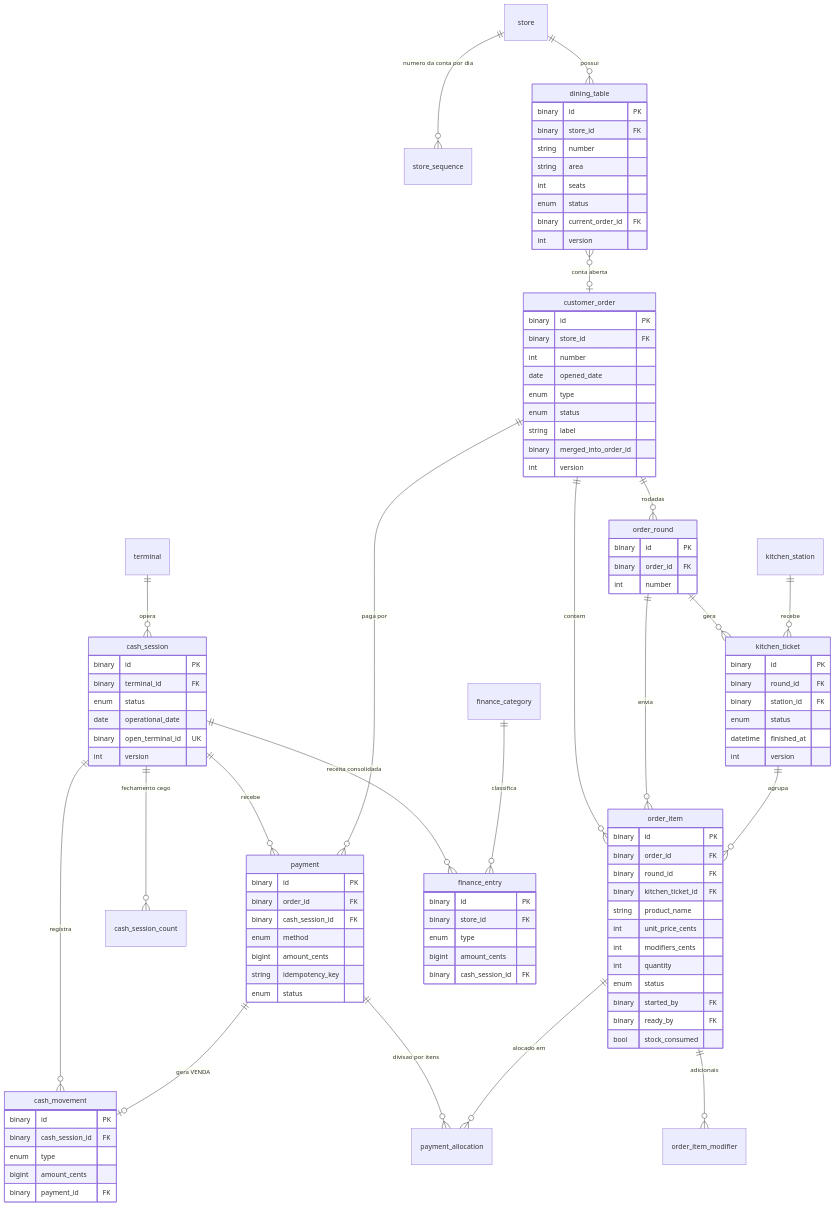
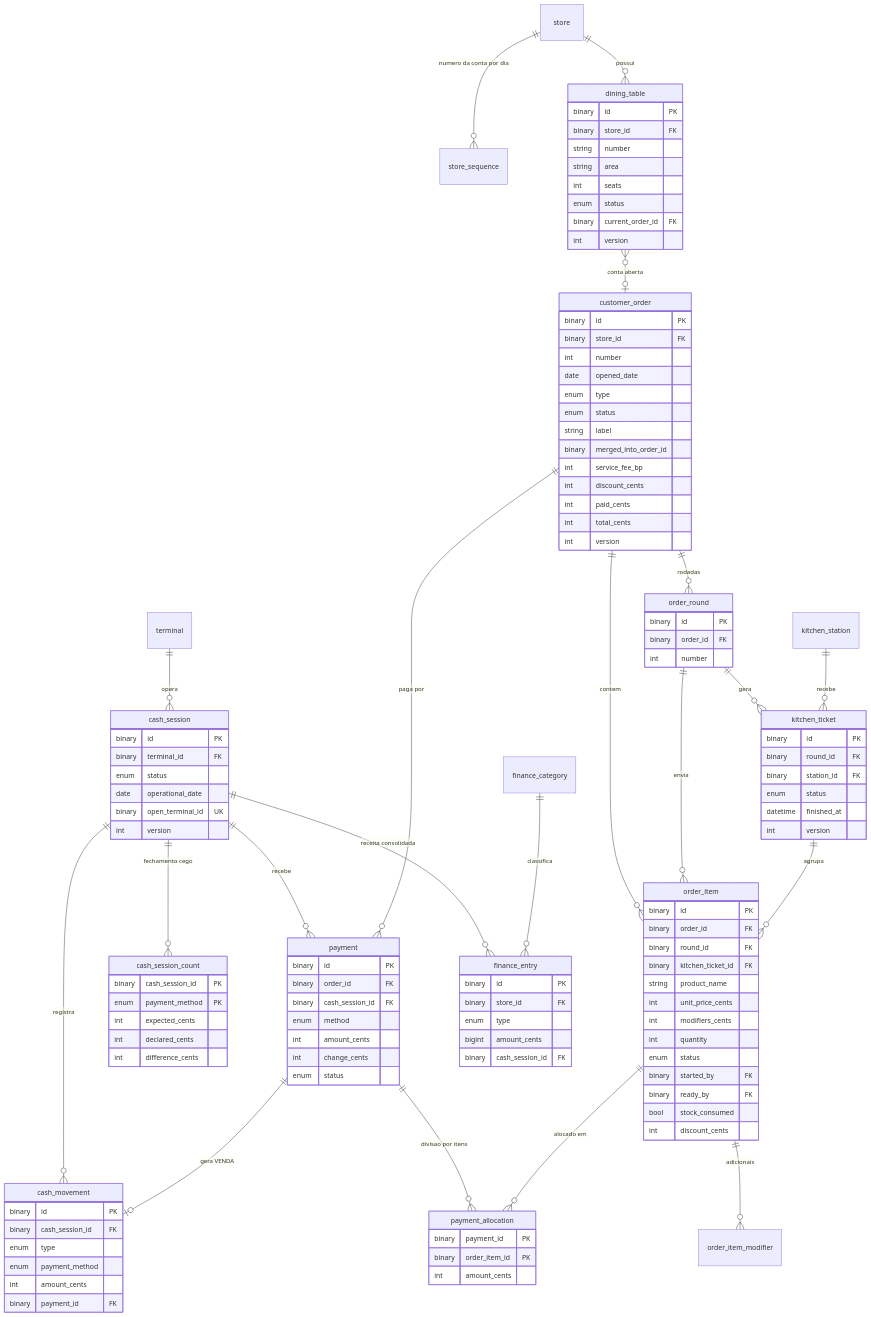
Before and after one commit to marlonerick/erp-mesa-restaurante: the third of 3 diagrams in maps/database/erd.md, drawn with Mermaid. The commit also changed 78 other files, not shown here.

```diff
--- a/maps/database/erd.md
+++ b/maps/database/erd.md
@@ -280,6 +280,10 @@
     enum status
     string label
     binary merged_into_order_id
+    int service_fee_bp
+    int discount_cents
+    int paid_cents
+    int total_cents
     int version
   }
   order_round {
@@ -300,6 +304,7 @@
     binary started_by FK
     binary ready_by FK
     bool stock_consumed
+    int discount_cents
   }
   kitchen_ticket {
     binary id PK
@@ -321,7 +326,8 @@
     binary id PK
     binary cash_session_id FK
     enum type
-    bigint amount_cents
+    enum payment_method
+    int amount_cents
     binary payment_id FK
   }
   payment {
@@ -329,9 +335,21 @@
     binary order_id FK
     binary cash_session_id FK
     enum method
-    bigint amount_cents
-    string idempotency_key
+    int amount_cents
+    int change_cents
     enum status
+  }
+  payment_allocation {
+    binary payment_id PK
+    binary order_item_id PK
+    int amount_cents
+  }
+  cash_session_count {
+    binary cash_session_id PK
+    enum payment_method PK
+    int expected_cents
+    int declared_cents
+    int difference_cents
   }
   finance_entry {
     binary id PK
```
